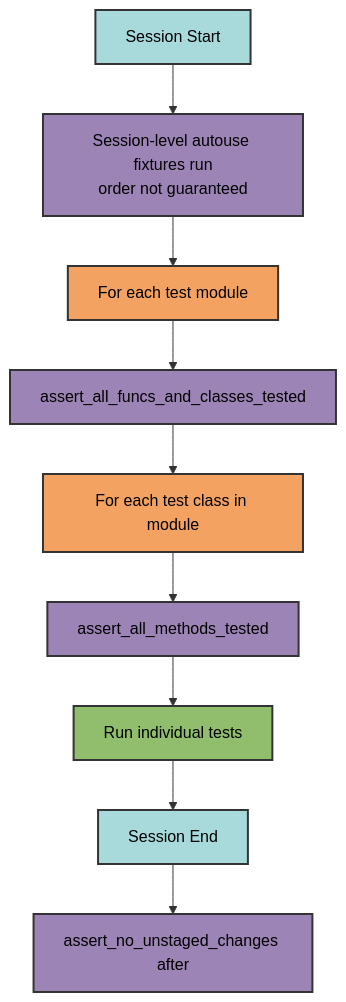
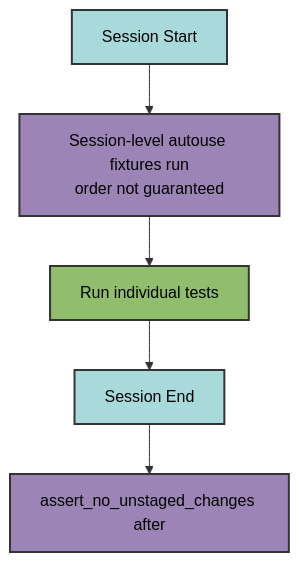
One commit to Winipedia/py-dev changed the second of 2 diagrams in docs/tests/autouse.md. Above: the diagram before and after it, drawn with Mermaid. The commit also changed other lines of this file and 14 other files, not shown here.

````diff
--- a/docs/tests/autouse.md
+++ b/docs/tests/autouse.md
@@ -315,22 +268,14 @@
 ```mermaid
 graph TD
     A[Session Start]
     --> B[Session-level autouse fixtures run<br/>order not guaranteed]
-    B --> C[For each test module]
-    C --> D[assert_all_funcs_and_classes_tested]
-    D --> E[For each test class in module]
-    E --> F[assert_all_methods_tested]
-    F --> G[Run individual tests]
-    G --> H[Session End]
-    H --> I[assert_no_unstaged_changes after]
+    B --> C[Run individual tests]
+    C --> D[Session End]
+    D --> E[assert_no_unstaged_changes after]
 
     style A fill:#a8dadc,stroke:#333,stroke-width:2px,color:#000
     style B fill:#9d84b7,stroke:#333,stroke-width:2px,color:#000
-    style C fill:#f4a261,stroke:#333,stroke-width:2px,color:#000
-    style D fill:#9d84b7,stroke:#333,stroke-width:2px,color:#000
-    style E fill:#f4a261,stroke:#333,stroke-width:2px,color:#000
-    style F fill:#9d84b7,stroke:#333,stroke-width:2px,color:#000
-    style G fill:#90be6d,stroke:#333,stroke-width:2px,color:#000
-    style H fill:#a8dadc,stroke:#333,stroke-width:2px,color:#000
-    style I fill:#9d84b7,stroke:#333,stroke-width:2px,color:#000
+    style C fill:#90be6d,stroke:#333,stroke-width:2px,color:#000
+    style D fill:#a8dadc,stroke:#333,stroke-width:2px,color:#000
+    style E fill:#9d84b7,stroke:#333,stroke-width:2px,color:#000
 ```
````
